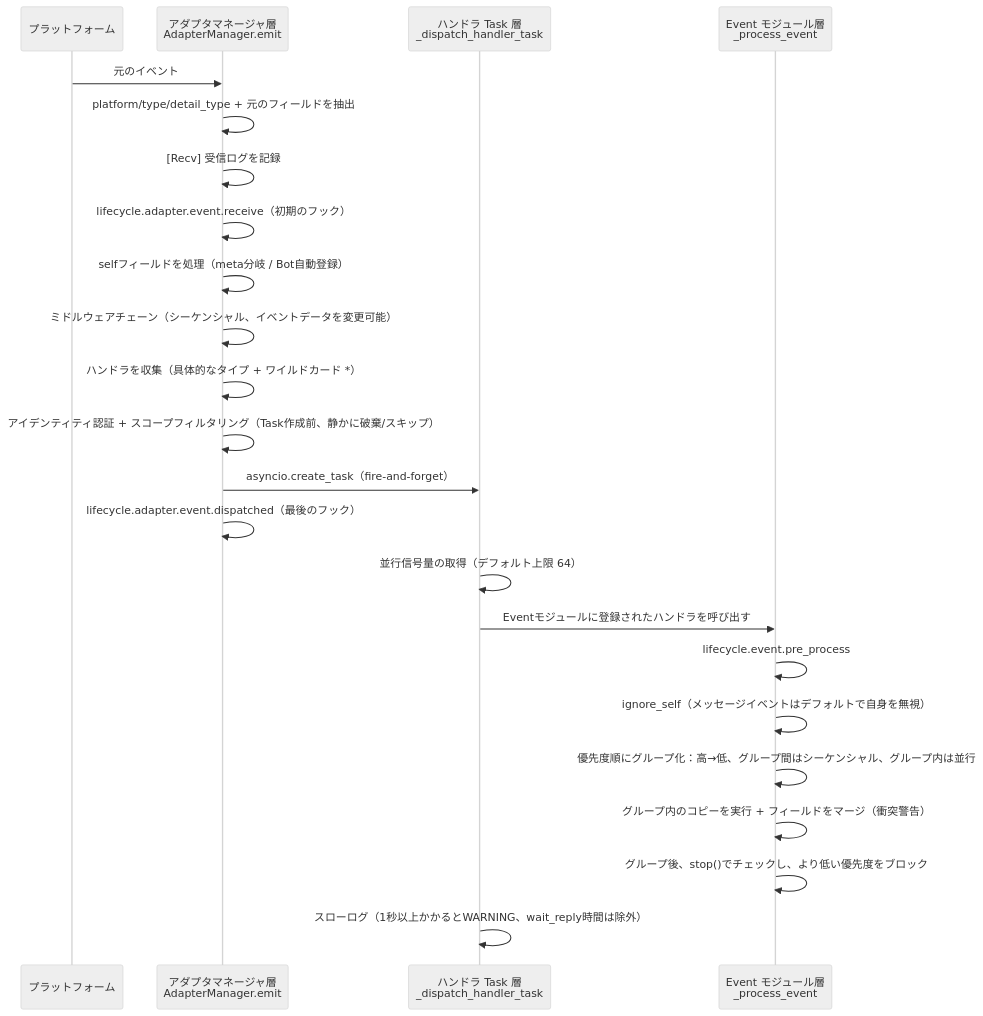
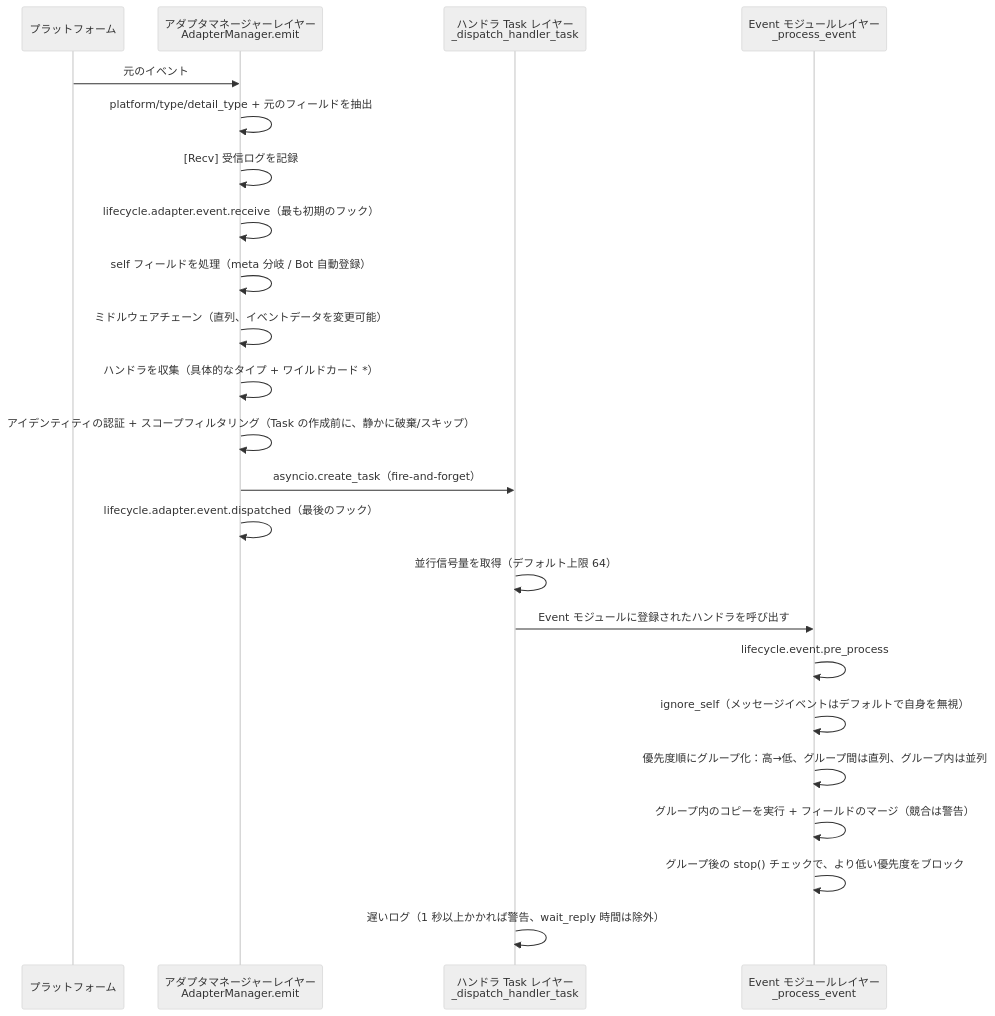
Before and after one commit to ErisPulse/ErisPulse: the fourth of 10 diagrams in docs/ja/architecture.md, drawn with Mermaid (neutral theme). The commit also changed other lines of this file and 828 other files, not shown here.

````diff
--- a/docs/ja/architecture.md
+++ b/docs/ja/architecture.md
@@ -109,26 +112,26 @@
 ```mermaid
 sequenceDiagram
     participant P as プラットフォーム
-    participant A as アダプタマネージャ層<br/>AdapterManager.emit
-    participant T as ハンドラ Task 層<br/>_dispatch_handler_task
-    participant E as Event モジュール層<br/>_process_event
+    participant A as アダプタマネージャーレイヤー<br/>AdapterManager.emit
+    participant T as ハンドラ Task レイヤー<br/>_dispatch_handler_task
+    participant E as Event モジュールレイヤー<br/>_process_event
 
     P->>A: 元のイベント
     A->>A: platform/type/detail_type + 元のフィールドを抽出
     A->>A: [Recv] 受信ログを記録
-    A->>A: lifecycle.adapter.event.receive（初期のフック）
-    A->>A: selfフィールドを処理（meta分岐 / Bot自動登録）
-    A->>A: ミドルウェアチェーン（シーケンシャル、イベントデータを変更可能）
+    A->>A: lifecycle.adapter.event.receive（最も初期のフック）
+    A->>A: self フィールドを処理（meta 分岐 / Bot 自動登録）
+    A->>A: ミドルウェアチェーン（直列、イベントデータを変更可能）
     A->>A: ハンドラを収集（具体的なタイプ + ワイルドカード *）
-    A->>A: アイデンティティ認証 + スコープフィルタリング（Task作成前、静かに破棄/スキップ）
+    A->>A: アイデンティティの認証 + スコープフィルタリング（Task の作成前に、静かに破棄/スキップ）
     A->>T: asyncio.create_task（fire-and-forget）
     A->>A: lifecycle.adapter.event.dispatched（最後のフック）
-    T->>T: 並行信号量の取得（デフォルト上限 64）
-    T->>E: Eventモジュールに登録されたハンドラを呼び出す
+    T->>T: 並行信号量を取得（デフォルト上限 64）
+    T->>E: Event モジュールに登録されたハンドラを呼び出す
     E->>E: lifecycle.event.pre_process
     E->>E: ignore_self（メッセージイベントはデフォルトで自身を無視）
-    E->>E: 優先度順にグループ化：高→低、グループ間はシーケンシャル、グループ内は並行
-    E->>E: グループ内のコピーを実行 + フィールドをマージ（衝突警告）
-    E->>E: グループ後、stop()でチェックし、より低い優先度をブロック
-    T->>T: スローログ（1秒以上かかるとWARNING、wait_reply時間は除外）
+    E->>E: 優先度順にグループ化：高→低、グループ間は直列、グループ内は並列
+    E->>E: グループ内のコピーを実行 + フィールドのマージ（競合は警告）
+    E->>E: グループ後の stop() チェックで、より低い優先度をブロック
+    T->>T: 遅いログ（1 秒以上かかれば警告、wait_reply 時間は除外）
 ```
````
